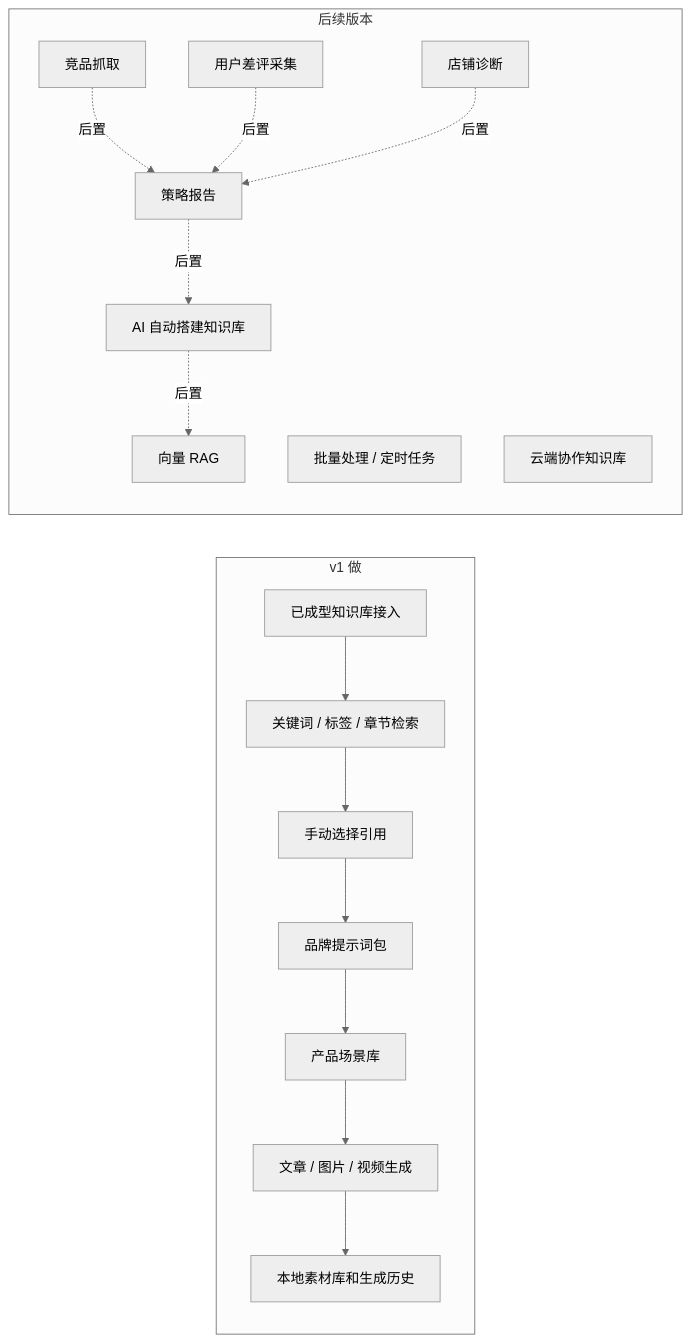
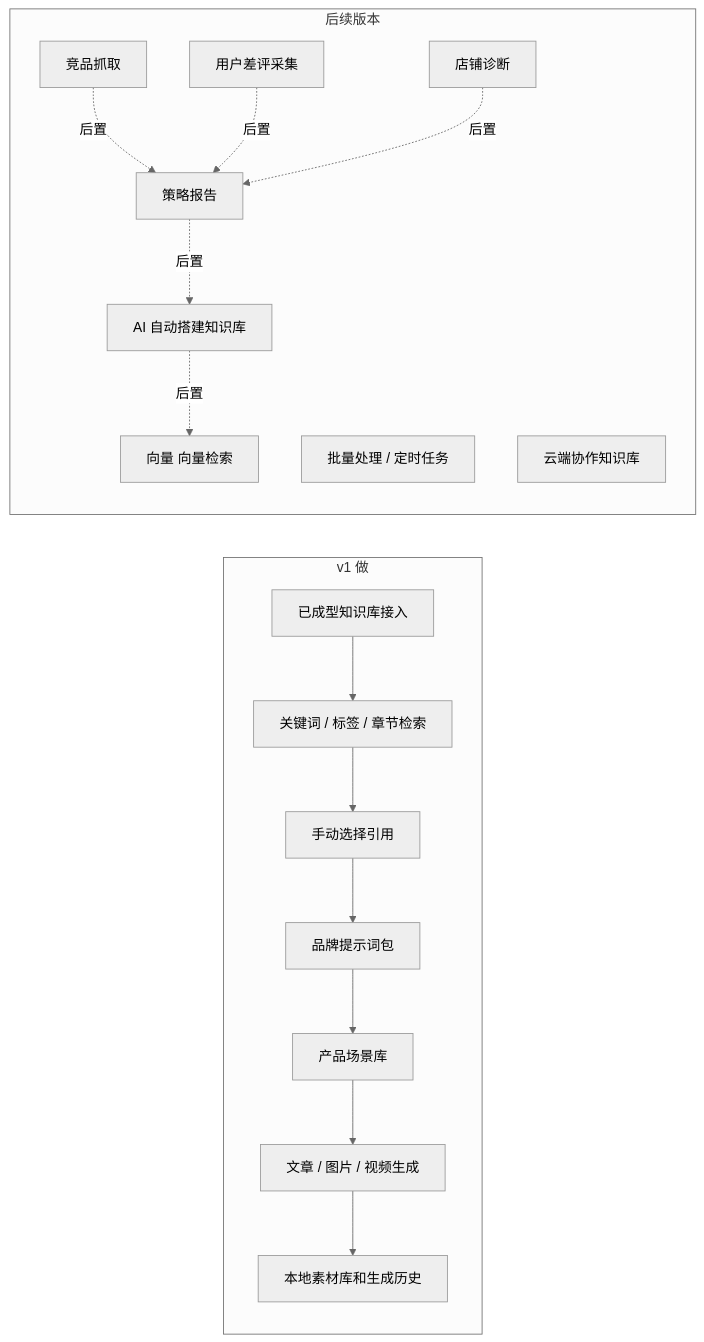
Before and after one commit to limecloud/content-studio: the eighth of 8 diagrams in docs/roadmap/v1/architecture-diagrams.md, drawn with Mermaid (neutral theme). The commit also changed other lines of this file and 51 other files, not shown here.

````diff
--- a/docs/roadmap/v1/architecture-diagrams.md
+++ b/docs/roadmap/v1/architecture-diagrams.md
@@ -325,30 +332,30 @@
 ```mermaid
 flowchart LR
   subgraph V1[v1 做]
     A[已成型知识库接入]
     B[关键词 / 标签 / 章节检索]
     C[手动选择引用]
     D[品牌提示词包]
     E[产品场景库]
     F[文章 / 图片 / 视频生成]
     G[本地素材库和生成历史]
   end
 
   subgraph Future[后续版本]
     H[竞品抓取]
     I[用户差评采集]
     J[店铺诊断]
     K[策略报告]
     L[AI 自动搭建知识库]
-    M[向量 RAG]
+    M[向量 向量检索]
     N[批量处理 / 定时任务]
     O[云端协作知识库]
   end
 
   A --> B --> C --> D --> E --> F --> G
   H -.后置.-> K
   I -.后置.-> K
   J -.后置.-> K
   K -.后置.-> L
   L -.后置.-> M
 ```
````
